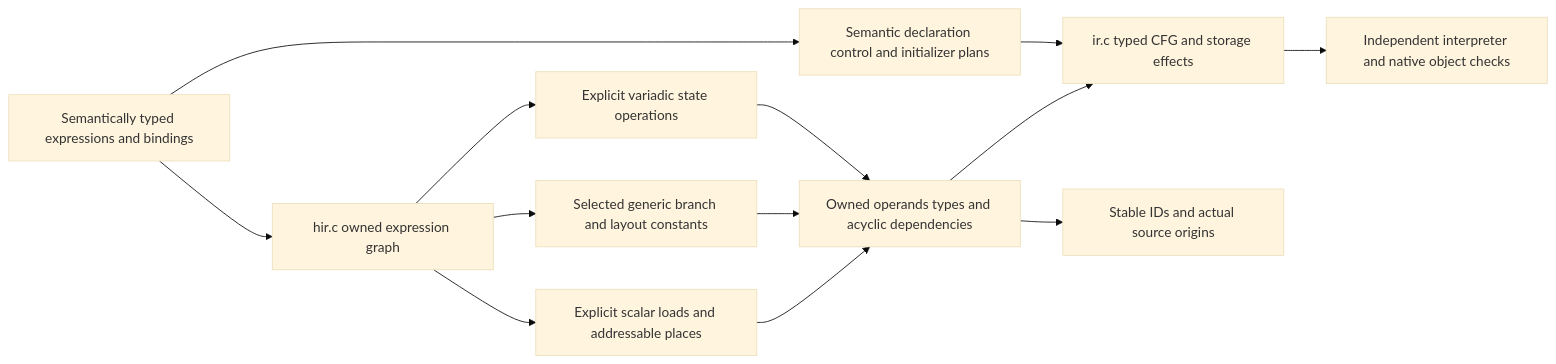
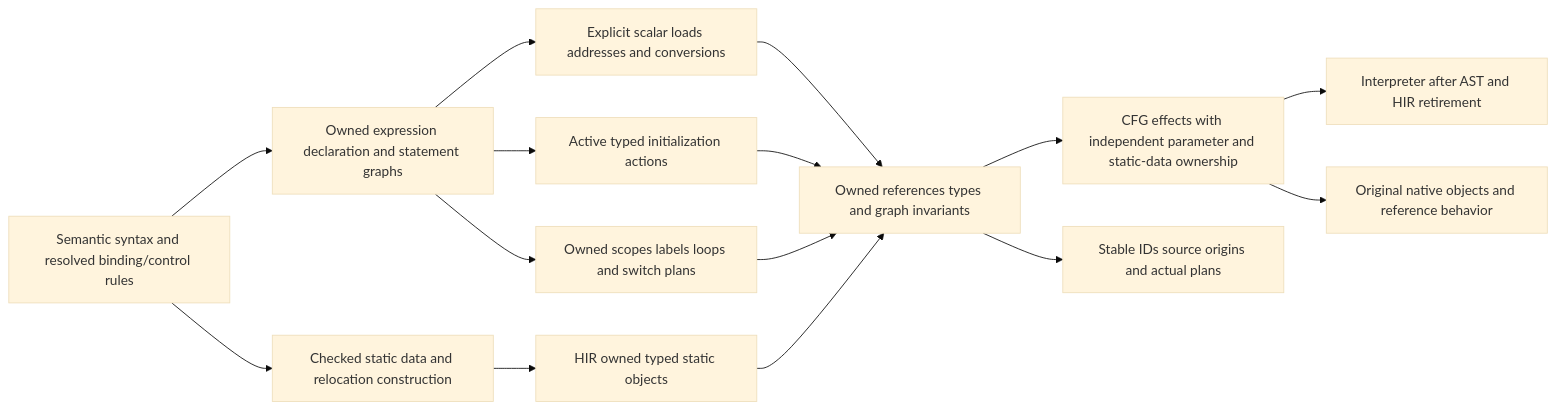
The diagram in docs/diagrams/typed-hir.mmd (Aneesh495/cinder), drawn with Mermaid (base theme) before and after one commit. The commit also changed 20 other files, not shown here.

Commit message:
Own HIR control storage and static data across AST retirement

```diff
--- a/docs/diagrams/typed-hir.mmd
+++ b/docs/diagrams/typed-hir.mmd
@@ -1,13 +1,15 @@
 flowchart LR
-  SEMA[Semantically typed expressions and bindings] --> BUILD[hir.c owned expression graph]
-  BUILD --> LOAD[Explicit scalar loads and addressable places]
-  BUILD --> RESOLVE[Selected generic branch and layout constants]
-  BUILD --> VARIADIC[Explicit variadic state operations]
-  LOAD --> VERIFY[Owned operands types and acyclic dependencies]
-  RESOLVE --> VERIFY
-  VARIADIC --> VERIFY
-  VERIFY --> IR[ir.c typed CFG and storage effects]
-  SEMA --> PLANS[Semantic declaration control and initializer plans]
-  PLANS --> IR
-  VERIFY --> DUMP[Stable IDs and actual source origins]
-  IR --> INTERP[Independent interpreter and native object checks]
+  SEMA[Semantic syntax and resolved binding/control rules] --> BUILD[Owned expression declaration and statement graphs]
+  BUILD --> LOAD[Explicit scalar loads addresses and conversions]
+  BUILD --> INIT[Active typed initialization actions]
+  BUILD --> CONTROL[Owned scopes labels loops and switch plans]
+  SEMA --> CONSTANT[Checked static data and relocation construction]
+  CONSTANT --> OBJECT[HIR owned typed static objects]
+  LOAD --> VERIFY[Owned references types and graph invariants]
+  INIT --> VERIFY
+  CONTROL --> VERIFY
+  OBJECT --> VERIFY
+  VERIFY --> IR[CFG effects with independent parameter and static-data ownership]
+  VERIFY --> DUMP[Stable IDs source origins and actual plans]
+  IR --> INTERP[Interpreter after AST and HIR retirement]
+  IR --> NATIVE[Original native objects and reference behavior]
```
